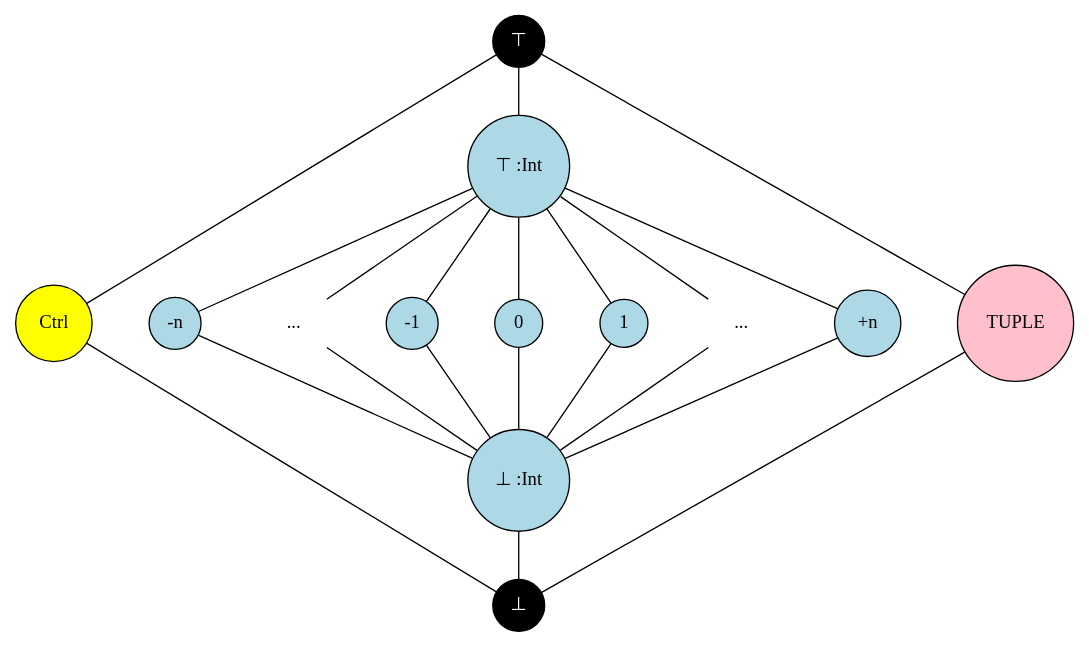
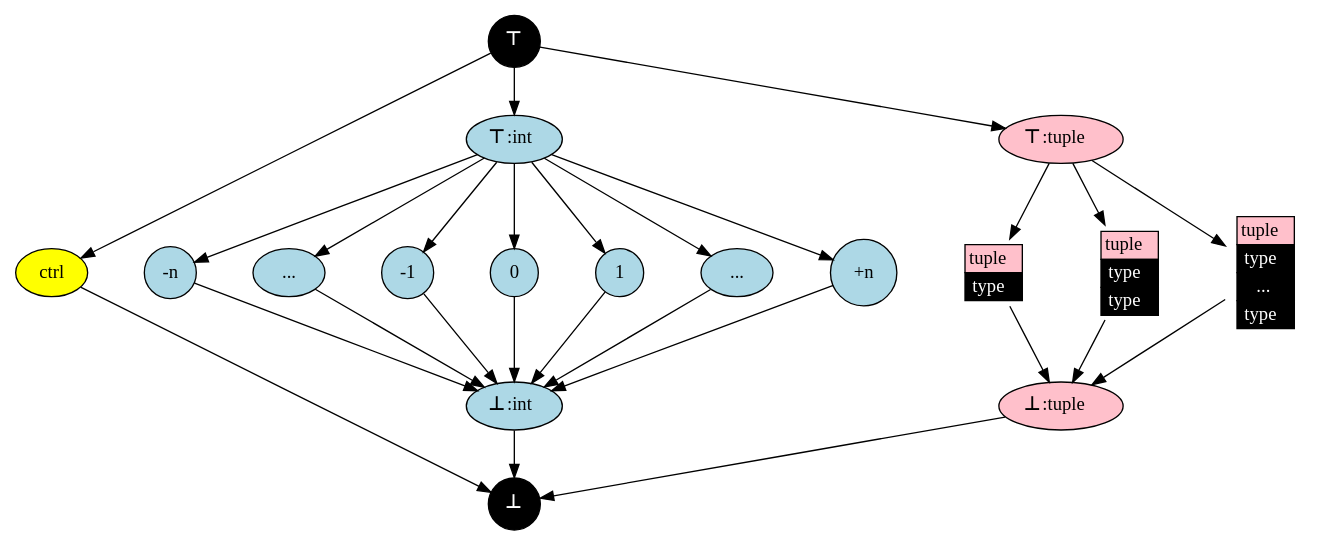
Before and after one commit to SeaOfNodes/Simple: the diagram in chapter04/docs/lattice.gv, drawn with Graphviz. The commit also changed 17 other files, not shown here.

```diff
--- a/chapter04/docs/lattice.gv
+++ b/chapter04/docs/lattice.gv
@@ -1,64 +1,97 @@
 digraph Lattice {
+    compound = true;
     // Define nodes
     splines=false;
-    node [shape=circle, style=filled, fillcolor=lightblue];
+    node [shape=circle, style=filled];
     nodesep=0.6;
 
-    TOP [label="⊤" , fillcolor=black, fontcolor=white];
-    BOT [label="⊥", fillcolor=black, fontcolor=white];
+    TOP [label=<<B>⊤</B >>, fillcolor=black, fontcolor=white];
+    BOT [label=<<B>⊥</B>>, fillcolor=black, fontcolor=white];
 
-    CTRL [label="Ctrl", fillcolor=yellow];
+    // ----------------------
+    // Control
+    CTRL  [label="ctrl", fillcolor=yellow, shape=oval];
 
-    INT_TOP [label="⊤ :Int"];
-    INT_BOT [label="⊥ :Int"];
+    TOP   -> CTRL;
+    CTRL  -> BOT;
 
-    INT_MIN [label="-n"];
-    INT_MINDOTS [label="..." shape=none style=none];
-    INT_MINUS [label="-1"];
-    INT_ZERO [label="0"];
-    INT_PLUS [label="1"];
-    INT_MAXDOTS [label="..." shape=none style=none];
-    INT_MAX [label="+n"];
+    // ----------------------
+    // Integers
+    INT_TOP [label=<<B>⊤</B >:int>, fillcolor=lightblue, shape=oval];
+    INT_BOT [label=<<B>⊥</B>:int>, fillcolor=lightblue, shape=oval];
 
-    TUPLE [label="TUPLE", fillcolor=pink];
-
-    // Define edges
-    edge [arrowhead=none];
+    INT_MIN     [label="-n" , fillcolor=lightblue];
+    INT_MINDOTS [label="...", fillcolor=lightblue shape=oval];
+    INT_MINUS   [label="-1" , fillcolor=lightblue];
+    INT_ZERO    [label="0"  , fillcolor=lightblue];
+    INT_PLUS    [label="1"  , fillcolor=lightblue];
+    INT_MAXDOTS [label="...", fillcolor=lightblue, shape=oval];
+    INT_MAX     [label="+n" , fillcolor=lightblue];
 
     TOP         -> INT_TOP;
     INT_TOP     -> INT_MIN;
     INT_TOP     -> INT_MINDOTS;
     INT_TOP     -> INT_MINUS;
     INT_TOP     -> INT_ZERO;
     INT_TOP     -> INT_PLUS;
     INT_TOP     -> INT_MAXDOTS;
     INT_TOP     -> INT_MAX;
     INT_MIN     -> INT_BOT;
     INT_MINDOTS -> INT_BOT;
     INT_MINUS   -> INT_BOT;
     INT_ZERO    -> INT_BOT;
     INT_PLUS    -> INT_BOT;
     INT_MAXDOTS -> INT_BOT;
     INT_MAX     -> INT_BOT;
     INT_BOT     -> BOT;
 
     INT_MIN -> INT_MINDOTS -> INT_MINUS -> INT_ZERO -> INT_PLUS -> INT_MAXDOTS -> INT_MAX [style=invis];
+    
+    // ----------------------
+    // Tuples
 
-    TOP   -> TUPLE;
-    TUPLE -> BOT;
+    TUPLE_TOP [label=<<B>⊤</B >:tuple>, fillcolor=pink, shape=oval];
+    TUPLE_BOT [label=<<B>⊥</B>:tuple>, fillcolor=pink, shape=oval];
 
-    TOP   -> CTRL;
-    CTRL  -> BOT;
+    TUPLE1 [shape=none, fillcolor=none, label=<
+      <TABLE BORDER="0" CELLBORDER="1" CELLSPACING="0">
+        <TH><TD BGCOLOR="pink">tuple</TD></TH>
+        <TR><TD BGCOLOR="black" ><FONT color="white">type</FONT></TD></TR>
+      </TABLE>
+    >];
+    TUPLE2 [shape=none, fillcolor=none, label=<
+      <TABLE BORDER="0" CELLBORDER="1" CELLSPACING="0">
+        <TH><TD BGCOLOR="pink">tuple</TD></TH>
+        <TR><TD BGCOLOR="black" ><FONT color="white">type</FONT></TD></TR>
+        <TR><TD BGCOLOR="black" ><FONT color="white">type</FONT></TD></TR>
+      </TABLE>
+    >];
+    TUPLEN [shape=none, fillcolor=none, label=<
+      <TABLE BORDER="0" CELLBORDER="1" CELLSPACING="0">
+        <TH><TD BGCOLOR="pink">tuple</TD></TH>
+        <TR><TD BGCOLOR="black" ><FONT color="white">type</FONT></TD></TR>
+        <TR><TD BGCOLOR="black" ><FONT color="white">...</FONT></TD></TR>
+        <TR><TD BGCOLOR="black" ><FONT color="white">type</FONT></TD></TR>
+      </TABLE>
+    >];
 
+
+    TOP -> TUPLE_TOP;
+    TUPLE_TOP -> TUPLE1;
+    TUPLE_TOP -> TUPLE2;
+    TUPLE_TOP -> TUPLEN;
+    TUPLE1 -> TUPLE_BOT;
+    TUPLE2 -> TUPLE_BOT;
+    TUPLEN -> TUPLE_BOT;
+    TUPLE_BOT -> BOT;
 
     // Additional customization
     {rank=same; TOP}
-    {rank=same; INT_TOP}
+    {rank=same; INT_TOP; TUPLE_TOP}
     {rank=same;
       CTRL;
       INT_MIN; INT_MINDOTS; INT_MINUS; INT_ZERO; INT_PLUS; INT_MAXDOTS; INT_MAX;
-      TUPLE
     }
-    {rank=same; INT_BOT}
+    {rank=same; INT_BOT, TUPLE_BOT}
     {rank=same; BOT;}
 }
```
